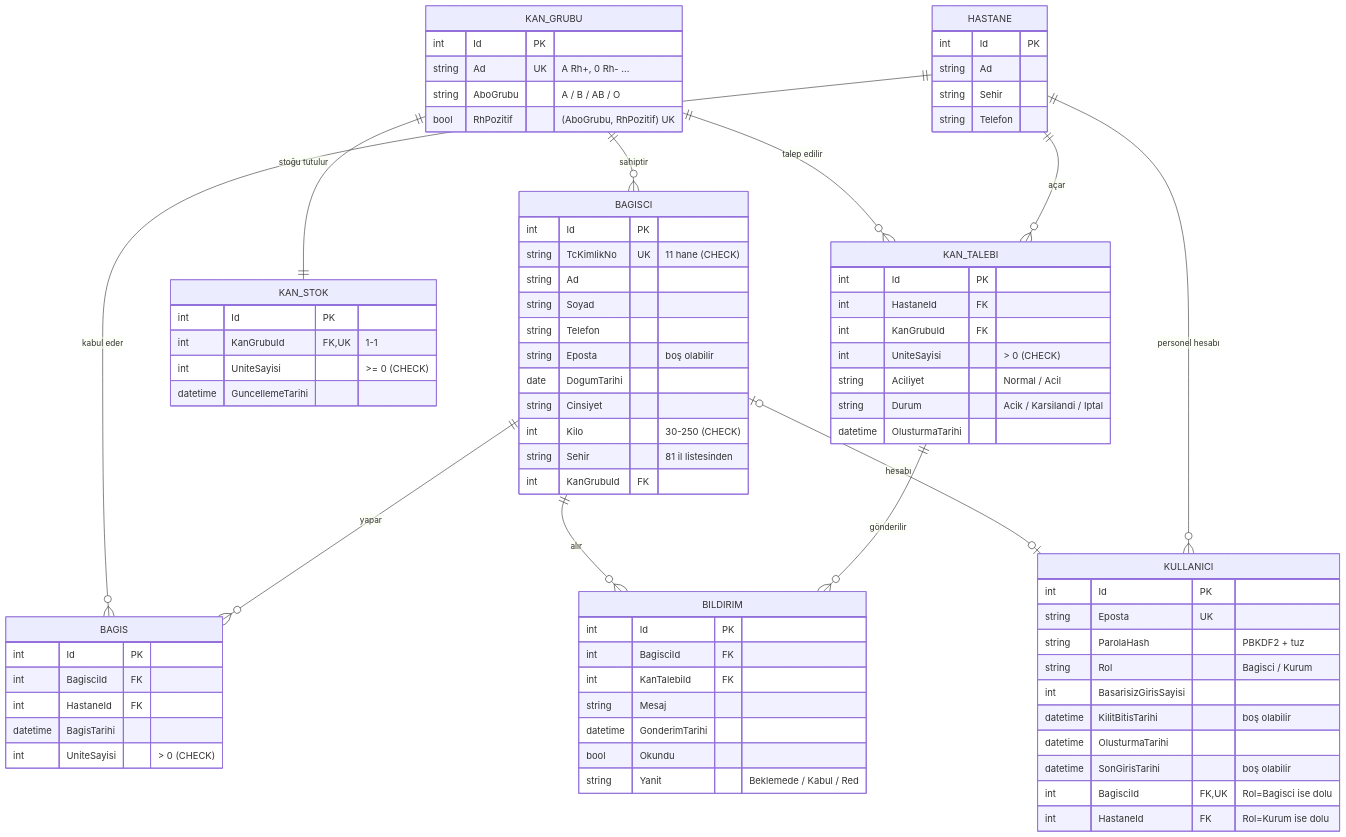
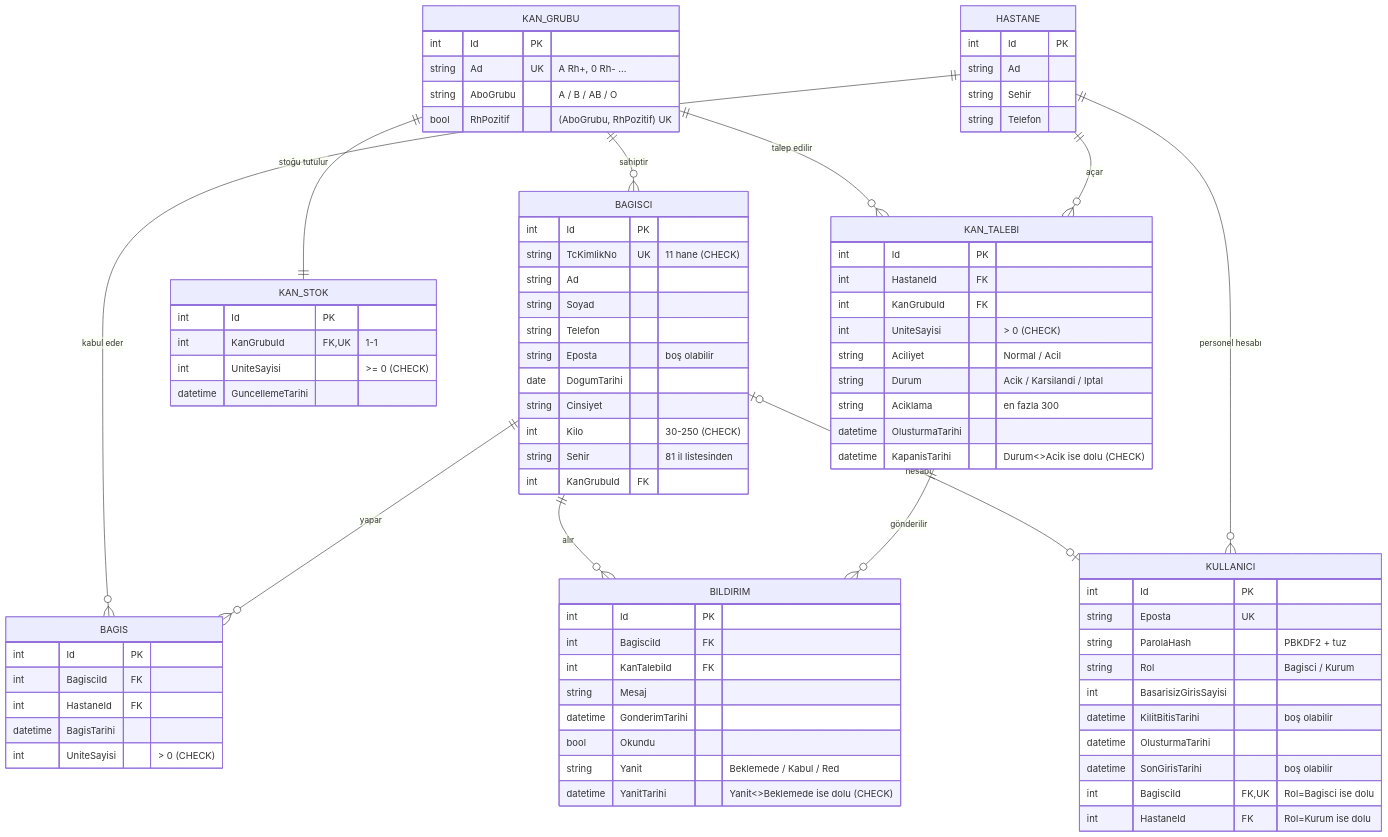
Before and after one commit to simsekdilan93-dot/kanbag-s-yonetimivebag-sc-eslestirme-: the diagram in docs/ER-Diyagrami.md, drawn with Mermaid. The commit also changed 36 other files, not shown here.

```diff
--- a/docs/ER-Diyagrami.md
+++ b/docs/ER-Diyagrami.md
@@ -55,7 +55,9 @@
         int UniteSayisi "> 0 (CHECK)"
         string Aciliyet "Normal / Acil"
         string Durum "Acik / Karsilandi / Iptal"
+        string Aciklama "en fazla 300"
         datetime OlusturmaTarihi
+        datetime KapanisTarihi "Durum<>Acik ise dolu (CHECK)"
     }
 
     BAGIS {
@@ -74,6 +76,7 @@
         datetime GonderimTarihi
         bool Okundu
         string Yanit "Beklemede / Kabul / Red"
+        datetime YanitTarihi "Yanit<>Beklemede ise dolu (CHECK)"
     }
 
     KULLANICI {
```
